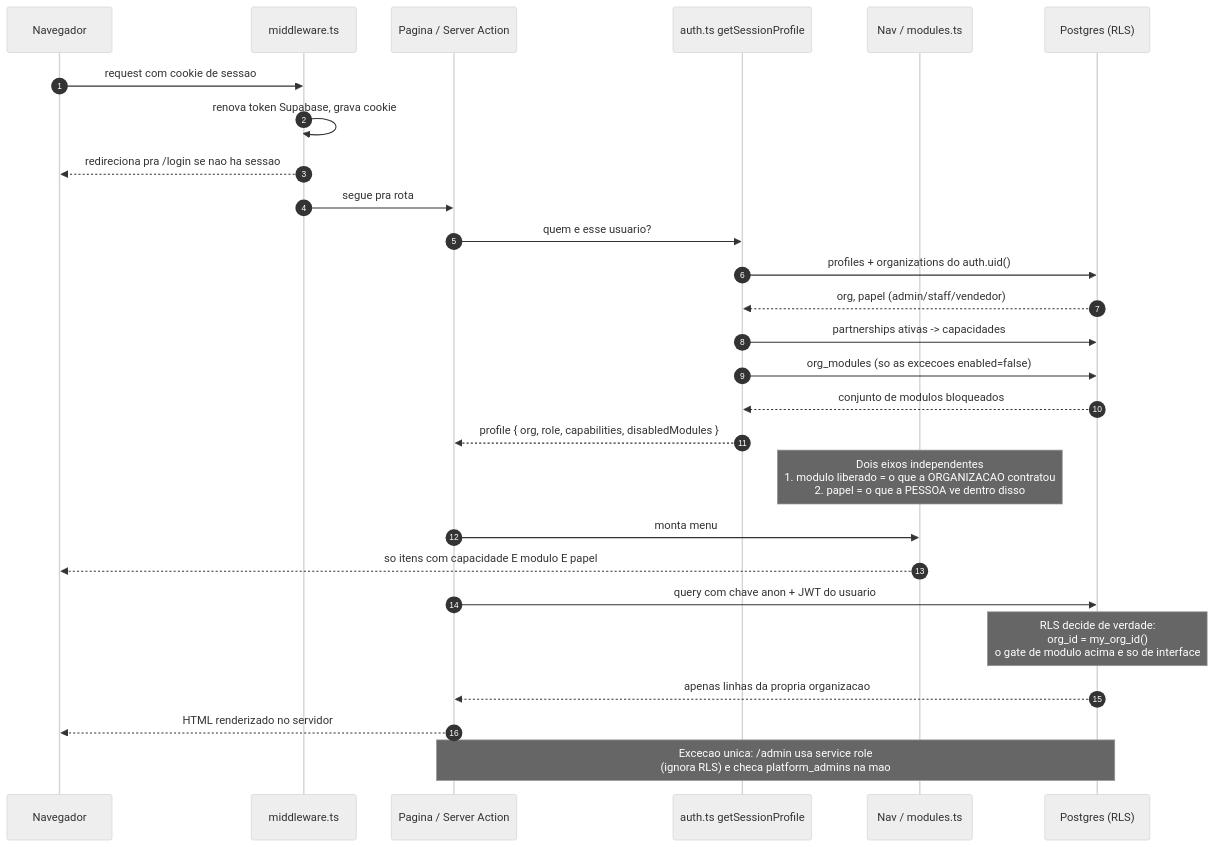
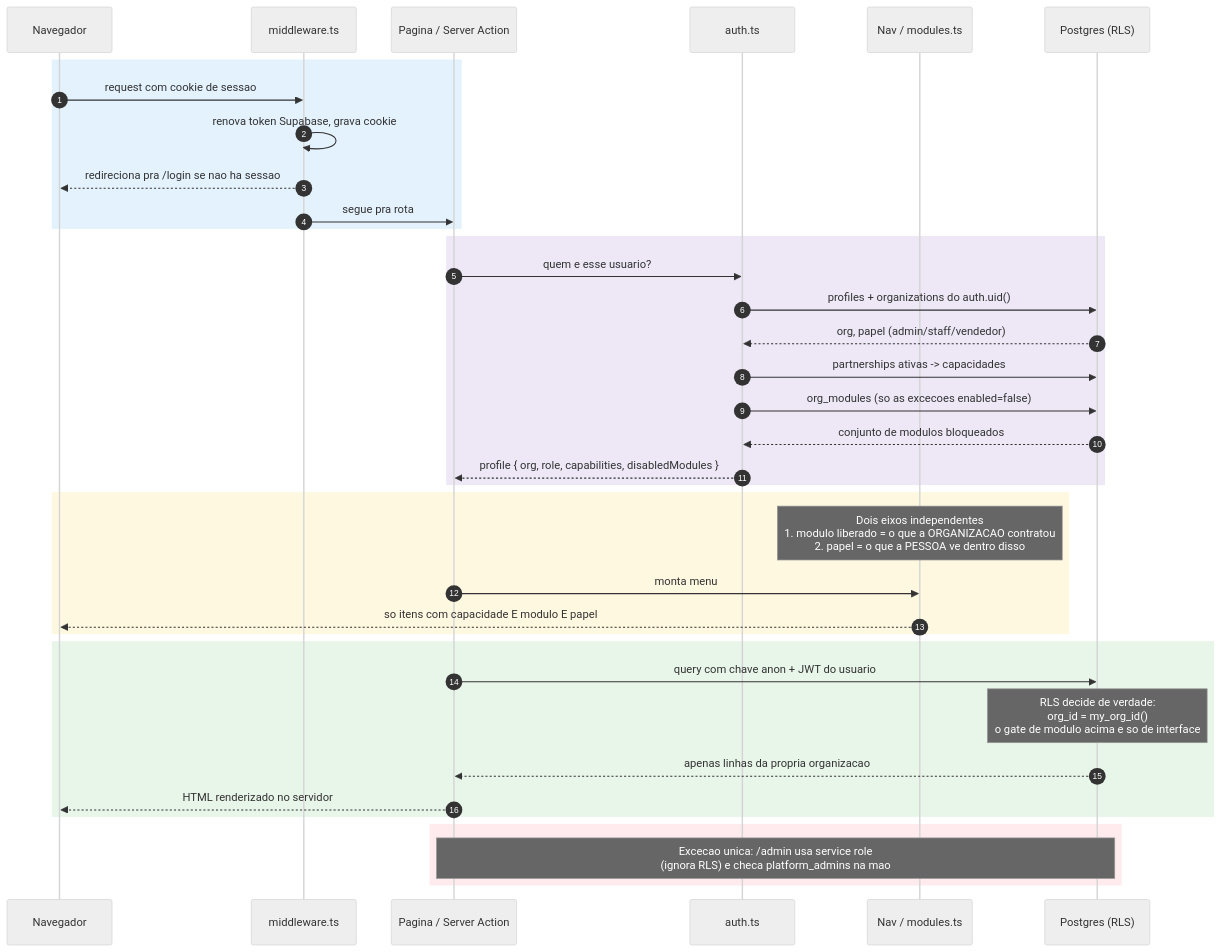
Before and after one commit to lucassnts963/distribuidora-gelados: the second of 10 diagrams in docs/diagramas.md, drawn with Mermaid (neutral theme). The commit also changed other lines of this file, not shown here.

First line of the commit message:
docs: colore os diagramas de fluxo e adiciona ER do schema por dominio

````diff
--- a/docs/diagramas.md
+++ b/docs/diagramas.md
@@ -90,33 +93,44 @@
 ```mermaid
 sequenceDiagram
   autonumber
   participant B as Navegador
   participant MW as middleware.ts
   participant P as Pagina / Server Action
-  participant A as auth.ts getSessionProfile
+  participant A as auth.ts
   participant N as Nav / modules.ts
   participant PG as Postgres (RLS)
 
+  rect rgb(227, 242, 253)
   B->>MW: request com cookie de sessao
   MW->>MW: renova token Supabase, grava cookie
   MW-->>B: redireciona pra /login se nao ha sessao
   MW->>P: segue pra rota
+  end
+
+  rect rgb(237, 231, 246)
   P->>A: quem e esse usuario?
   A->>PG: profiles + organizations do auth.uid()
   PG-->>A: org, papel (admin/staff/vendedor)
   A->>PG: partnerships ativas -> capacidades
   A->>PG: org_modules (so as excecoes enabled=false)
   PG-->>A: conjunto de modulos bloqueados
   A-->>P: profile { org, role, capabilities, disabledModules }
+  end
 
+  rect rgb(255, 248, 225)
   Note over N: Dois eixos independentes<br/>1. modulo liberado = o que a ORGANIZACAO contratou<br/>2. papel = o que a PESSOA ve dentro disso
   P->>N: monta menu
   N-->>B: so itens com capacidade E modulo E papel
+  end
 
+  rect rgb(232, 245, 233)
   P->>PG: query com chave anon + JWT do usuario
   Note over PG: RLS decide de verdade:<br/>org_id = my_org_id()<br/>o gate de modulo acima e so de interface
   PG-->>P: apenas linhas da propria organizacao
   P-->>B: HTML renderizado no servidor
+  end
 
+  rect rgb(255, 235, 238)
   Note over P,PG: Excecao unica: /admin usa service role<br/>(ignora RLS) e checa platform_admins na mao
+  end
 ```
````
